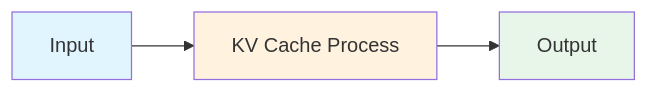
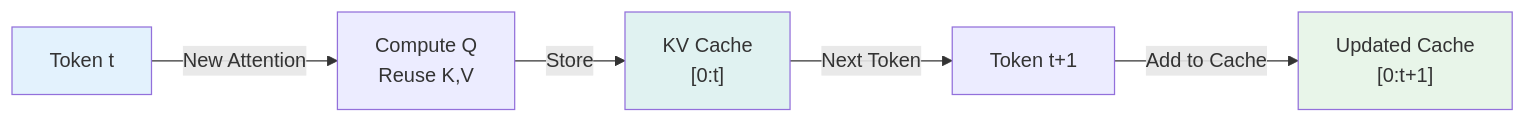
One commit to souradeepta/interviewprep-ai changed the first of 2 diagrams in llm/concepts/kv-cache.md. Above: the diagram before and after it, drawn with Mermaid. The commit also changed other lines of this file and 20 other files, not shown here.

First line of the commit message:
feat: enhance 18 LLM concept files with detailed Q&A, diagrams, and real-world examples

````diff
--- a/llm/concepts/kv-cache.md
+++ b/llm/concepts/kv-cache.md
@@ -58,9 +58,11 @@
 ```mermaid
 graph LR
-    A["Input"] --> B["KV Cache Process"]
-    B --> C["Output"]
+    A["Token t"] -->|New Attention| B["Compute Q<br/>Reuse K,V"]
+    B -->|Store| C["KV Cache<br/>[0:t]"]
+    C -->|Next Token| D["Token t+1"]
+    D -->|Add to Cache| E["Updated Cache<br/>[0:t+1]"]
 
-    style A fill:#e1f5ff
-    style B fill:#fff3e0
-    style C fill:#e8f5e9
+    style A fill:#e3f2fd
+    style C fill:#e0f2f1
+    style E fill:#e8f5e9
 ```
````
